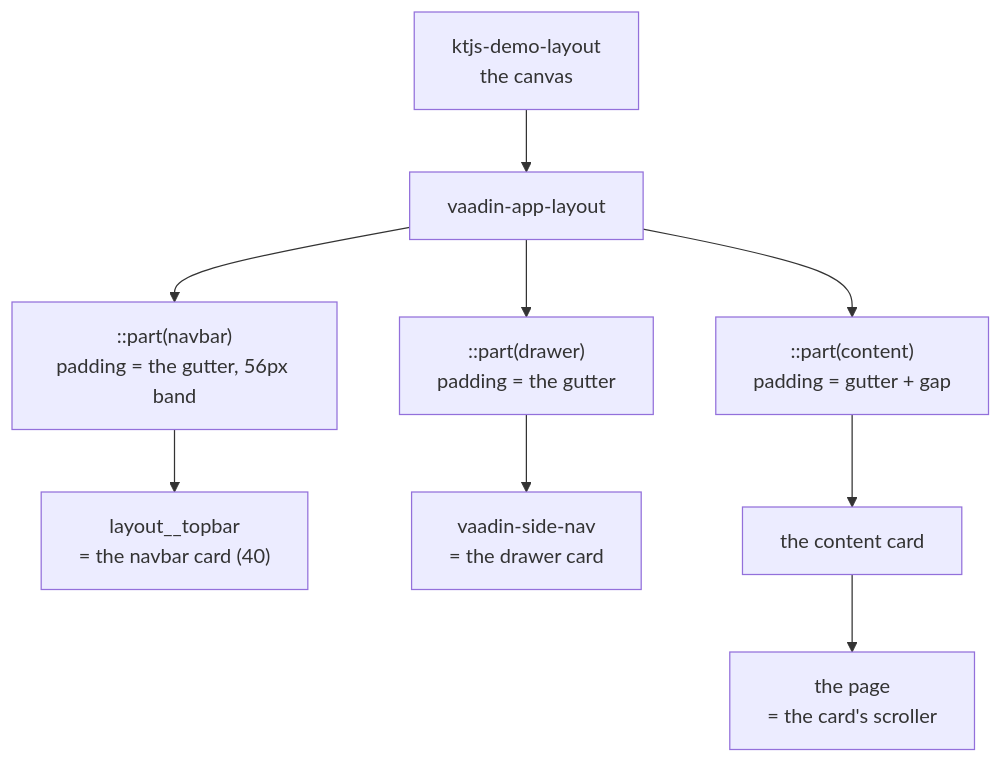
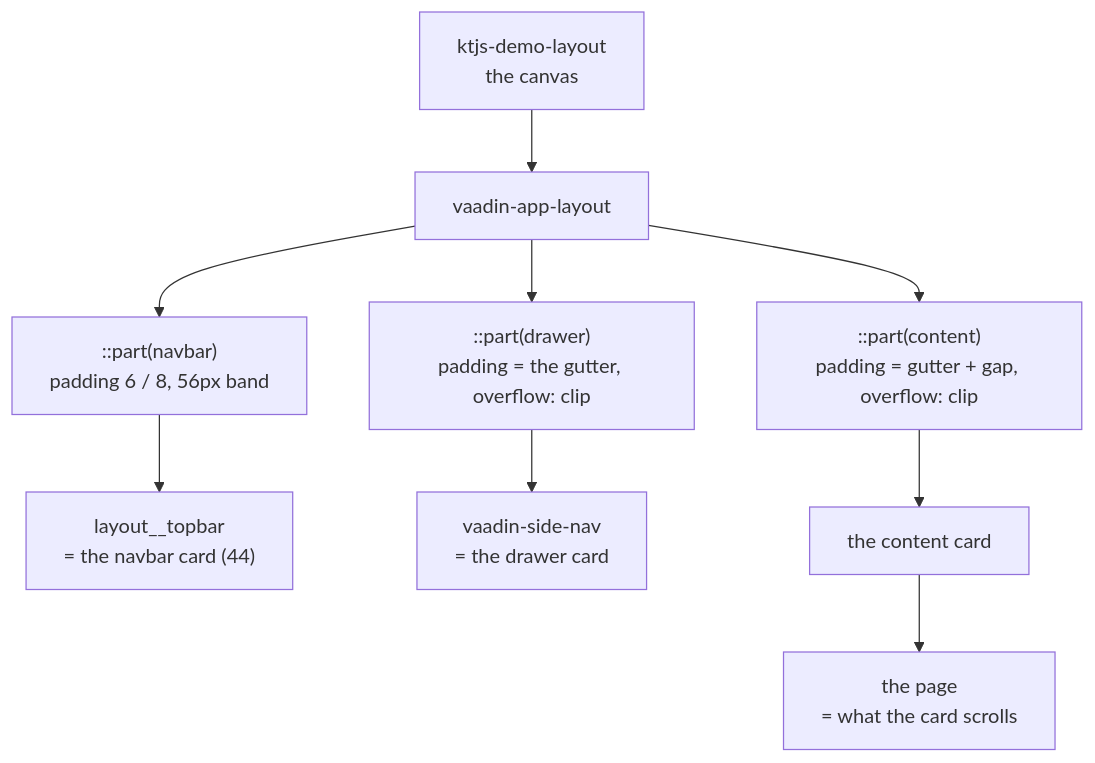
The second of 3 diagrams in docs/src/jsMain/resources/docs/demo-kit/overview.md (shijianjs/ktjs-dom-kit), drawn with Mermaid before and after one commit. The commit also changed other lines of this file and 4 other files, not shown here.

First line of the commit message:
demo-kit: the card scrolls, the column only clips

````diff
--- a/docs/src/jsMain/resources/docs/demo-kit/overview.md
+++ b/docs/src/jsMain/resources/docs/demo-kit/overview.md
@@ -51,10 +51,10 @@
 ```mermaid
 flowchart TB
   H["ktjs-demo-layout<br/>the canvas"] --> A["vaadin-app-layout"]
-  A --> NP["::part(navbar)<br/>padding = the gutter, 56px band"]
-  NP --> NC["layout__topbar<br/>= the navbar card (40)"]
-  A --> DP["::part(drawer)<br/>padding = the gutter"]
+  A --> NP["::part(navbar)<br/>padding 6 / 8, 56px band"]
+  NP --> NC["layout__topbar<br/>= the navbar card (44)"]
+  A --> DP["::part(drawer)<br/>padding = the gutter, overflow: clip"]
   DP --> DC["vaadin-side-nav<br/>= the drawer card"]
-  A --> CP["::part(content)<br/>padding = gutter + gap"]
-  CP --> CC["the content card"] --> P["the page<br/>= the card's scroller"]
+  A --> CP["::part(content)<br/>padding = gutter + gap, overflow: clip"]
+  CP --> CC["the content card"] --> P["the page<br/>= what the card scrolls"]
 ```
````
